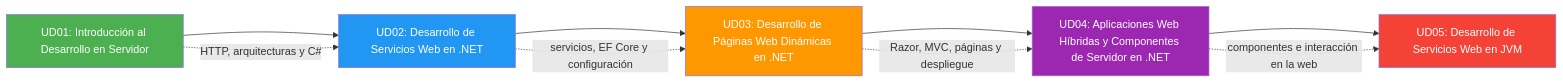
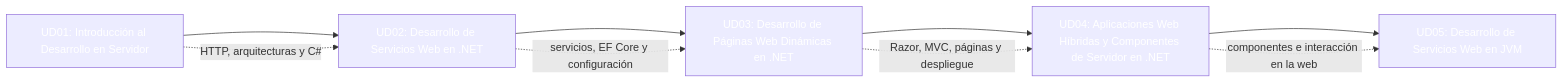
Before and after one commit to joseluisgs/DesarrolloWebEntornosServidor-03-2026-2027: the second of 2 diagrams in 26-resumen.md, drawn with Mermaid. The commit also changed other lines of this file and 30 other files, not shown here.

````diff
--- a/26-resumen.md
+++ b/26-resumen.md
@@ -452,18 +452,18 @@
 ```mermaid
 graph LR
     UD01[UD01: Introducción al Desarrollo en Servidor] --> UD02[UD02: Desarrollo de Servicios Web en .NET]
     UD02 --> UD03[UD03: Desarrollo de Páginas Web Dinámicas en .NET]
     UD03 --> UD04[UD04: Aplicaciones Web Híbridas y Componentes de Servidor en .NET]
     UD04 --> UD05[UD05: Desarrollo de Servicios Web en JVM]
 
     UD01 -.->|HTTP, arquitecturas y C#| UD02
     UD02 -.->|servicios, EF Core y configuración| UD03
     UD03 -.->|Razor, MVC, páginas y despliegue| UD04
     UD04 -.->|componentes e interacción en la web| UD05
 
-    style UD01 fill:#4CAF50,color:#fff
-    style UD02 fill:#2196F3,color:#fff
-    style UD03 fill:#FF9800,color:#fff
-    style UD04 fill:#9C27B0,color:#fff
-    style UD05 fill:#f44336,color:#fff
+    style UD01 fill:#4CAF5,color:#fff0,color:#fff
+    style UD02 fill:#2196F,color:#fff3,color:#fff
+    style UD03 fill:#FF980,color:#fff0,color:#fff
+    style UD04 fill:#9C27B,color:#fff0,color:#fff
+    style UD05 fill:#f4433,color:#fff6,color:#fff
 ```
````
